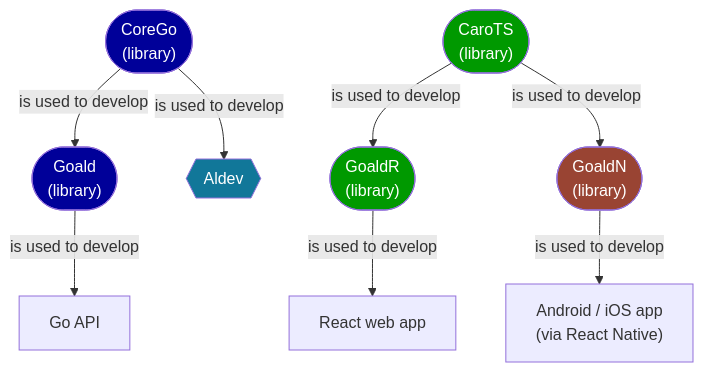
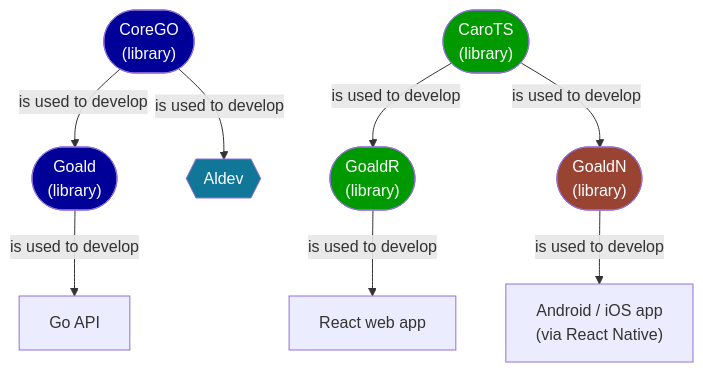
The second of 2 diagrams in website/docs/1-start/1-index.md (aldesgroup/devotion), drawn with Mermaid before and after one commit. The commit also changed other lines of this file and 7 other files, not shown here.

````diff
--- a/website/docs/1-start/1-index.md
+++ b/website/docs/1-start/1-index.md
@@ -43,25 +43,25 @@
 ```mermaid
 flowchart
 
     api[Go API]
     %% api-.-> react[React web app]
     %% api -.-> native["Android / iOS app <br>(via React Native)"]
     %% api -.-> other[Some other clients we're not developing ourselves]
     react[React web app]
     native["Android / iOS app <br>(via React Native)"]
     %% other[Some other clients we're not developing ourselves]
 
-    CoreGo(["CoreGo <br >(library)"]):::clsApi -- is used to develop --> Goald & Aldev
+    CoreGO(["CoreGO <br >(library)"]):::clsApi -- is used to develop --> Goald & Aldev
     Goald(["Goald <br >(library)"]):::clsApi -- is used to develop --> api
     GoaldR(["GoaldR <br >(library)"]):::clsWeb -- is used to develop --> react
     GoaldN(["GoaldN <br >(library)"]):::clsMob -- is used to develop --> native
     CaroTS(["CaroTS <br >(library)"]):::clsWeb -- is used to develop --> GoaldR & GoaldN
 
     classDef clsApi fill:#000099,color:#fff;
     classDef clsWeb fill:#009900,color:#fff;
     classDef clsMob fill:#994433,color:#fff;
     classDef clsOther fill:#555555,color:#fff;
     classDef clsTool fill:#117799,color:#fff;
 
     Aldev{{Aldev}}:::clsTool
 ```
````
